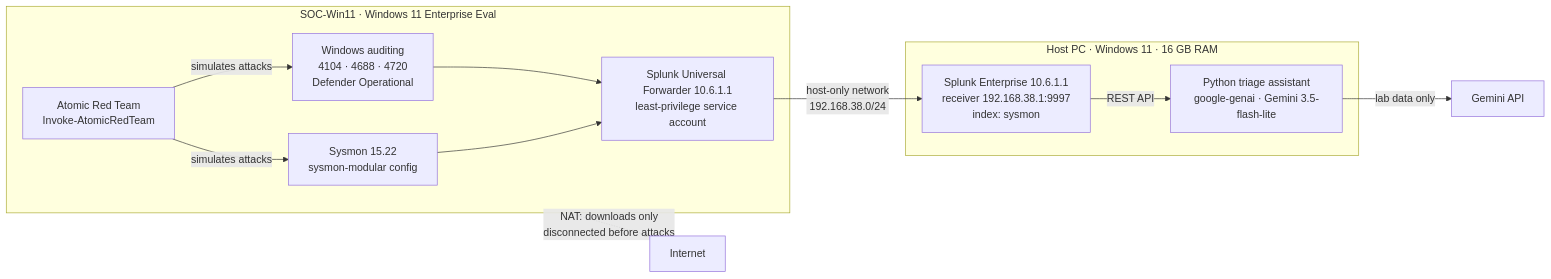
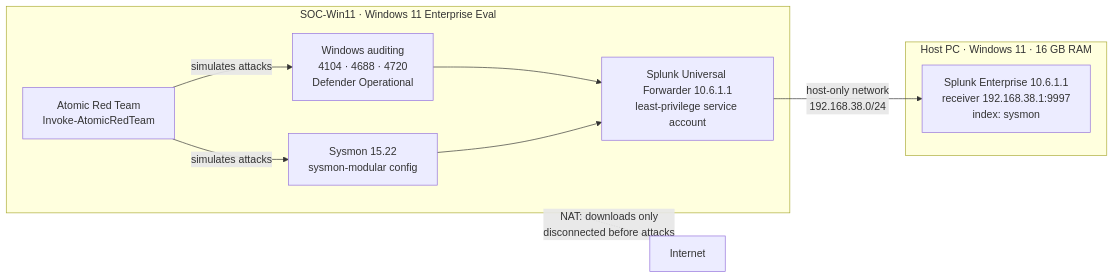
One commit to ancientbrain/ai-soc-detection-lab changed the diagram in README.md. Above: the diagram before and after it, drawn with Mermaid. The commit also changed other lines of this file, not shown here.

Commit message:
Remove AI triage section from README; rename project to SOC Detection Lab

````diff
--- a/README.md
+++ b/README.md
@@ -12,19 +12,16 @@
 ```mermaid
 flowchart LR
     subgraph Host["Host PC · Windows 11 · 16 GB RAM"]
         SPL["Splunk Enterprise 10.6.1.1\nreceiver 192.168.38.1:9997\nindex: sysmon"]
-        PY["Python triage assistant\ngoogle-genai · Gemini 3.5-flash-lite"]
     end
     subgraph VM["SOC-Win11 · Windows 11 Enterprise Eval"]
         SYS["Sysmon 15.22\nsysmon-modular config"]
         WIN["Windows auditing\n4104 · 4688 · 4720\nDefender Operational"]
         UF["Splunk Universal Forwarder 10.6.1.1\nleast-privilege service account"]
         ART["Atomic Red Team\nInvoke-AtomicRedTeam"]
     end
     ART -- simulates attacks --> SYS & WIN
     SYS & WIN --> UF
     UF -- host-only network\n192.168.38.0/24 --> SPL
-    SPL -- REST API --> PY
-    PY -- lab data only --> LLM["Gemini API"]
     VM -. NAT: downloads only\ndisconnected before attacks .-> NET["Internet"]
 ```
````
